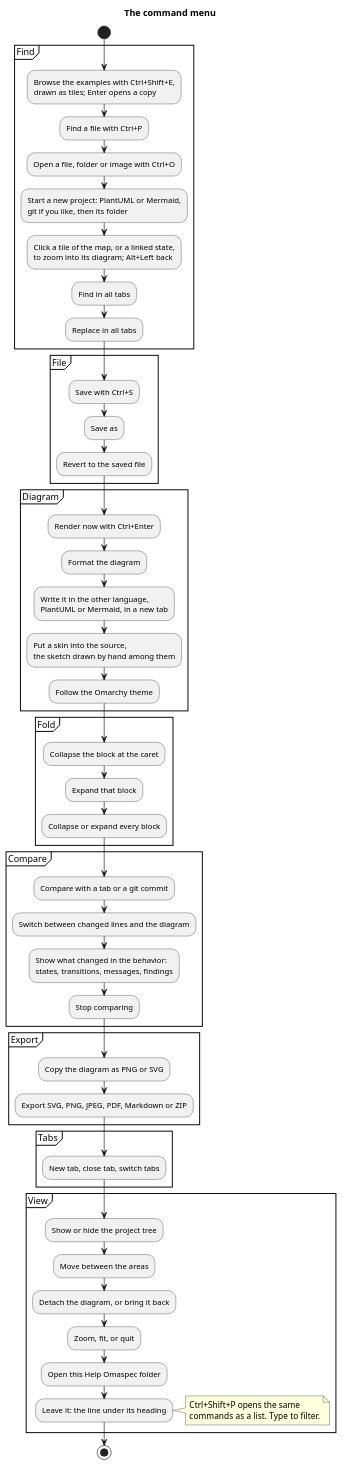
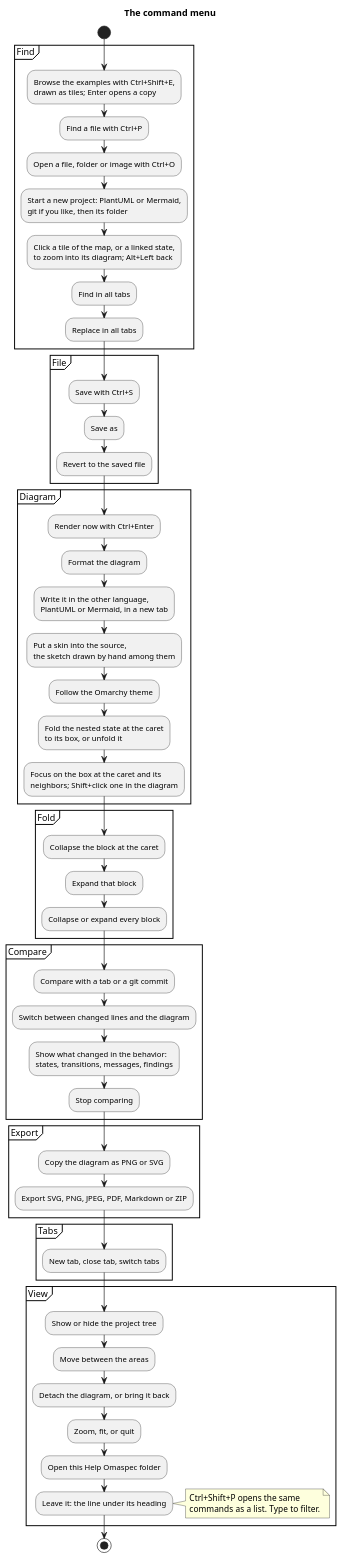
Before and after one commit to enhapu-afk/omaspec: the diagram in examples/Help Omaspec/menu.puml, drawn with PlantUML. The commit also changed 28 other files, not shown here.

```diff
--- a/examples/Help Omaspec/menu.puml
+++ b/examples/Help Omaspec/menu.puml
@@ -1,62 +1,66 @@
 @startuml
 title The command menu
 start
 partition Find {
   :Browse the examples with Ctrl+Shift+E,
   drawn as tiles; Enter opens a copy;
   :Find a file with Ctrl+P;
   :Open a file, folder or image with Ctrl+O;
   :Start a new project: PlantUML or Mermaid,
   git if you like, then its folder;
   :Click a tile of the map, or a linked state,
   to zoom into its diagram; Alt+Left back;
   :Find in all tabs;
   :Replace in all tabs;
 }
 partition File {
   :Save with Ctrl+S;
   :Save as;
   :Revert to the saved file;
 }
 partition Diagram {
   :Render now with Ctrl+Enter;
   :Format the diagram;
   :Write it in the other language,
   PlantUML or Mermaid, in a new tab;
   :Put a skin into the source,
   the sketch drawn by hand among them;
   :Follow the Omarchy theme;
+  :Fold the nested state at the caret
+  to its box, or unfold it;
+  :Focus on the box at the caret and its
+  neighbors; Shift+click one in the diagram;
 }
 partition Fold {
   :Collapse the block at the caret;
   :Expand that block;
   :Collapse or expand every block;
 }
 partition Compare {
   :Compare with a tab or a git commit;
   :Switch between changed lines and the diagram;
   :Show what changed in the behavior:
   states, transitions, messages, findings;
   :Stop comparing;
 }
 partition Export {
   :Copy the diagram as PNG or SVG;
   :Export SVG, PNG, JPEG, PDF, Markdown or ZIP;
 }
 partition Tabs {
   :New tab, close tab, switch tabs;
 }
 partition View {
   :Show or hide the project tree;
   :Move between the areas;
   :Detach the diagram, or bring it back;
   :Zoom, fit, or quit;
   :Open this Help Omaspec folder;
   :Leave it: the line under its heading;
   note right
     Ctrl+Shift+P opens the same
     commands as a list. Type to filter.
   end note
 }
 stop
 @enduml
```
